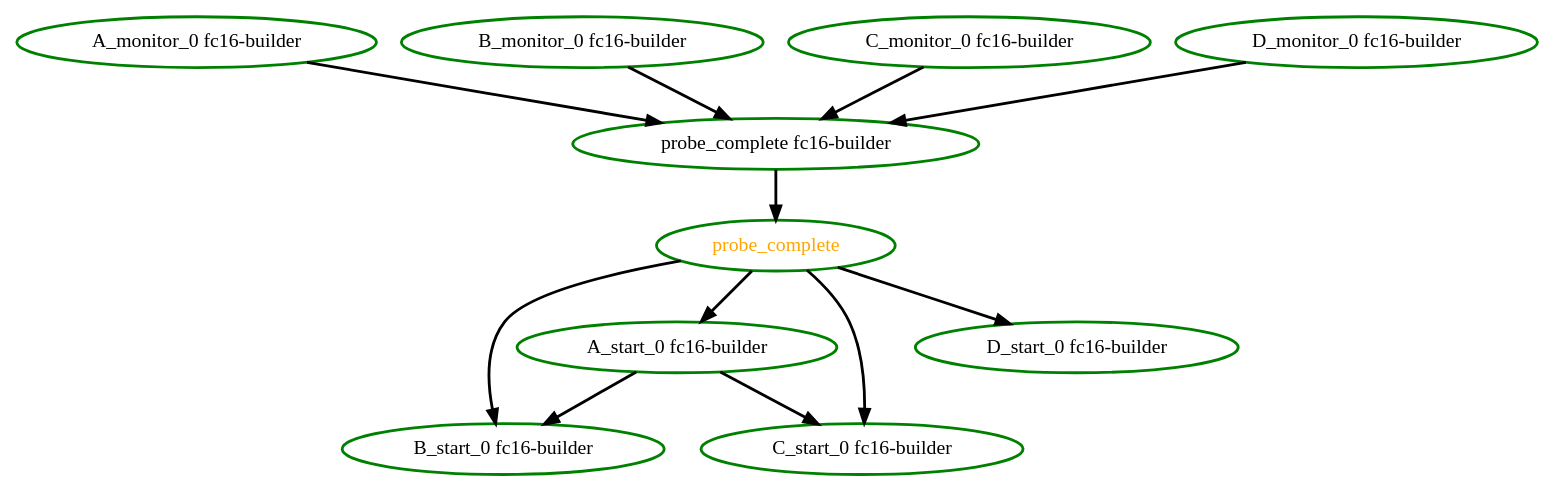
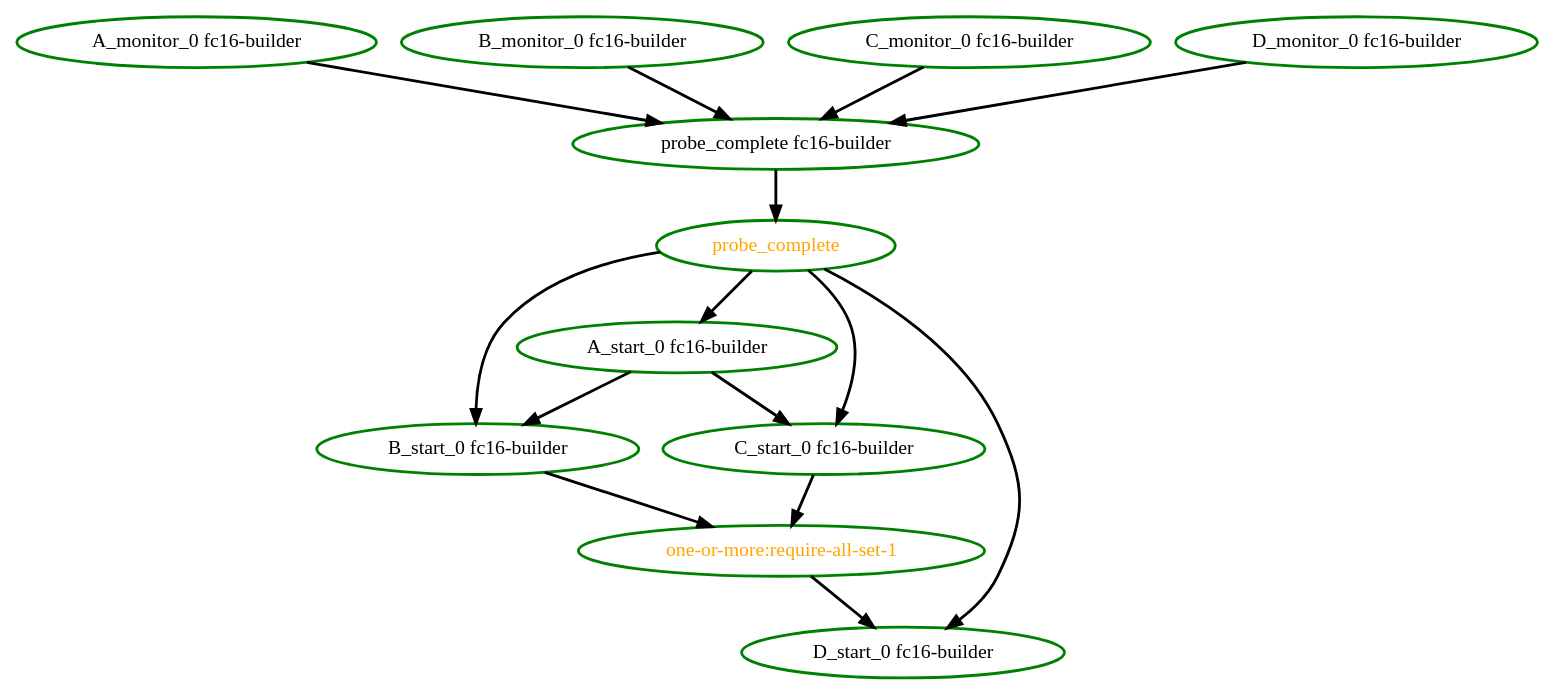
The diagram in pengine/test10/one-or-more-0.dot (ClusterLabs/pacemaker), drawn with Graphviz before and after one commit. The commit also changed 9 other files, not shown here.

```diff
--- a/pengine/test10/one-or-more-0.dot
+++ b/pengine/test10/one-or-more-0.dot
@@ -1,23 +1,27 @@
 digraph "g" {
 "A_monitor_0 fc16-builder" -> "probe_complete fc16-builder" [ style = bold]
 "A_monitor_0 fc16-builder" [ style=bold color="green" fontcolor="black"]
 "A_start_0 fc16-builder" -> "B_start_0 fc16-builder" [ style = bold]
 "A_start_0 fc16-builder" -> "C_start_0 fc16-builder" [ style = bold]
 "A_start_0 fc16-builder" [ style=bold color="green" fontcolor="black"]
 "B_monitor_0 fc16-builder" -> "probe_complete fc16-builder" [ style = bold]
 "B_monitor_0 fc16-builder" [ style=bold color="green" fontcolor="black"]
+"B_start_0 fc16-builder" -> "one-or-more:require-all-set-1" [ style = bold]
 "B_start_0 fc16-builder" [ style=bold color="green" fontcolor="black"]
 "C_monitor_0 fc16-builder" -> "probe_complete fc16-builder" [ style = bold]
 "C_monitor_0 fc16-builder" [ style=bold color="green" fontcolor="black"]
+"C_start_0 fc16-builder" -> "one-or-more:require-all-set-1" [ style = bold]
 "C_start_0 fc16-builder" [ style=bold color="green" fontcolor="black"]
 "D_monitor_0 fc16-builder" -> "probe_complete fc16-builder" [ style = bold]
 "D_monitor_0 fc16-builder" [ style=bold color="green" fontcolor="black"]
 "D_start_0 fc16-builder" [ style=bold color="green" fontcolor="black"]
+"one-or-more:require-all-set-1" -> "D_start_0 fc16-builder" [ style = bold]
+"one-or-more:require-all-set-1" [ style=bold color="green" fontcolor="orange"]
 "probe_complete fc16-builder" -> "probe_complete" [ style = bold]
 "probe_complete fc16-builder" [ style=bold color="green" fontcolor="black"]
 "probe_complete" -> "A_start_0 fc16-builder" [ style = bold]
 "probe_complete" -> "B_start_0 fc16-builder" [ style = bold]
 "probe_complete" -> "C_start_0 fc16-builder" [ style = bold]
 "probe_complete" -> "D_start_0 fc16-builder" [ style = bold]
 "probe_complete" [ style=bold color="green" fontcolor="orange"]
 }
```
